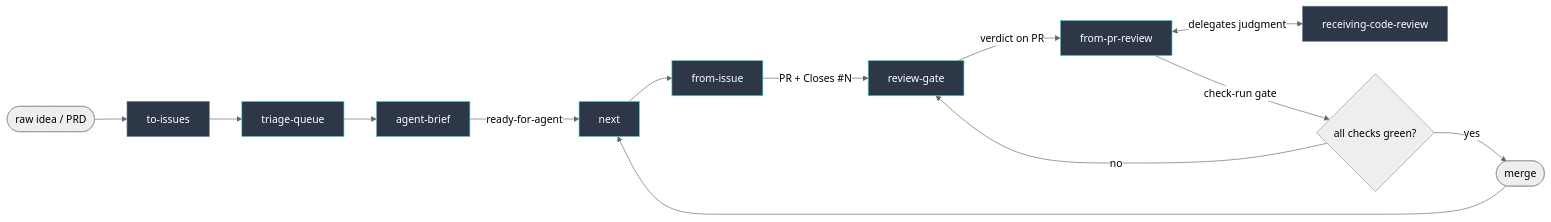
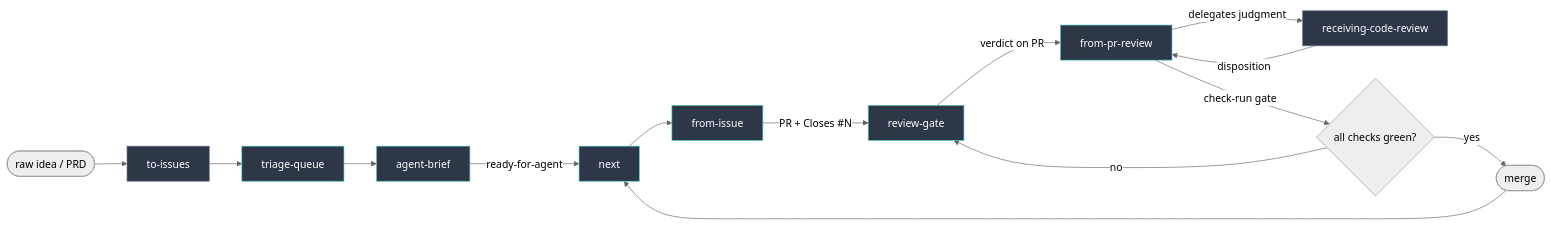
One commit to ptstory/tracer-workflow changed the diagram in README.md. Above: the diagram before and after it, drawn with Mermaid (neutral theme).

Commit message:
Make receiving-code-review node explicit

````diff
--- a/README.md
+++ b/README.md
@@ -12,20 +12,21 @@
 ```mermaid
 flowchart LR
     idea([raw idea / PRD]) --> ti[to-issues]
     ti --> tq[triage-queue]
     tq --> ab[agent-brief]
     ab -->|ready-for-agent| nx[next]
     nx --> fi[from-issue]
     fi -->|"PR + Closes #N"| rg[review-gate]
     rg -->|verdict on PR| fpr[from-pr-review]
-    fpr <-->|delegates judgment| rec[receiving-code-review]
+    fpr -->|delegates judgment| rec[receiving-code-review]
+    rec -->|disposition| fpr
     fpr -->|check-run gate| gate{all checks green?}
     gate -->|yes| merge([merge])
     gate -->|no| rg
     merge --> nx
 
     classDef custom fill:#2d3748,stroke:#4fd1c5,color:#fff
     classDef adopted fill:#2d3748,stroke:#718096,color:#fff
     class fi,fpr,nx,rg,tq,ab custom
     class ti,rec adopted
 ```
````
